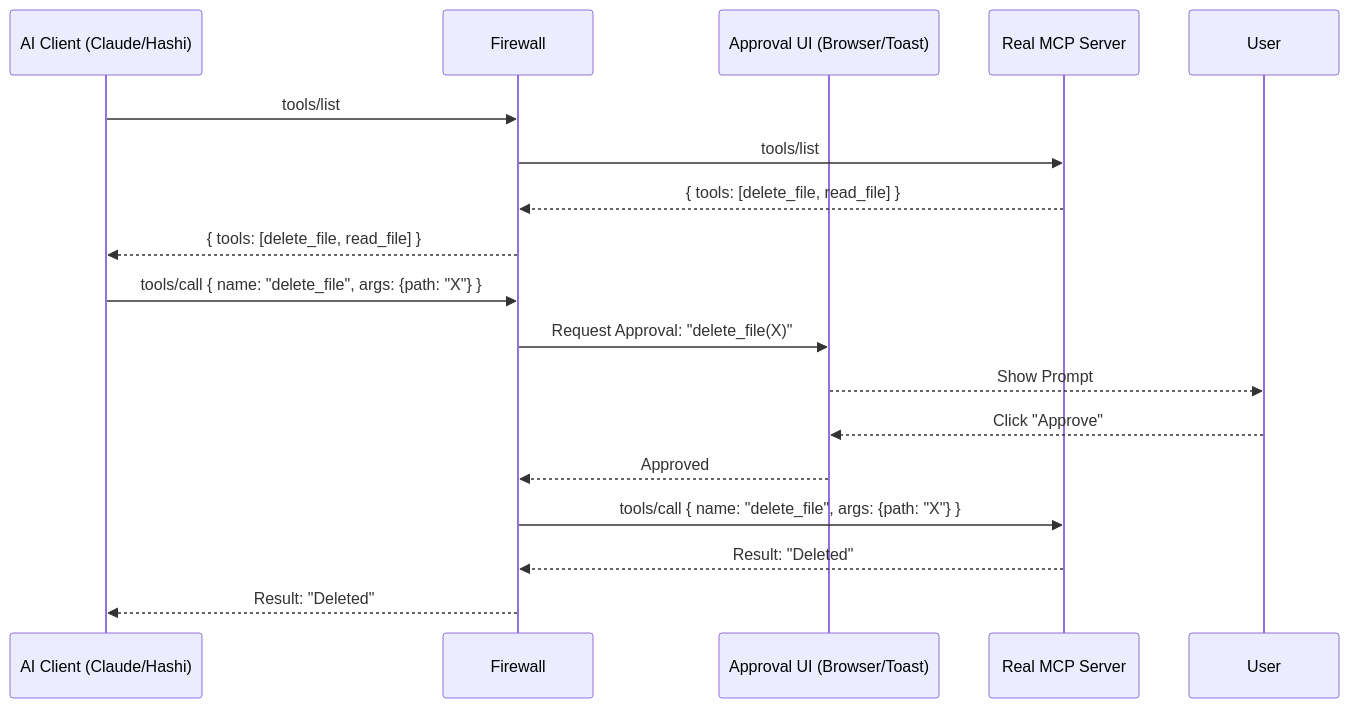
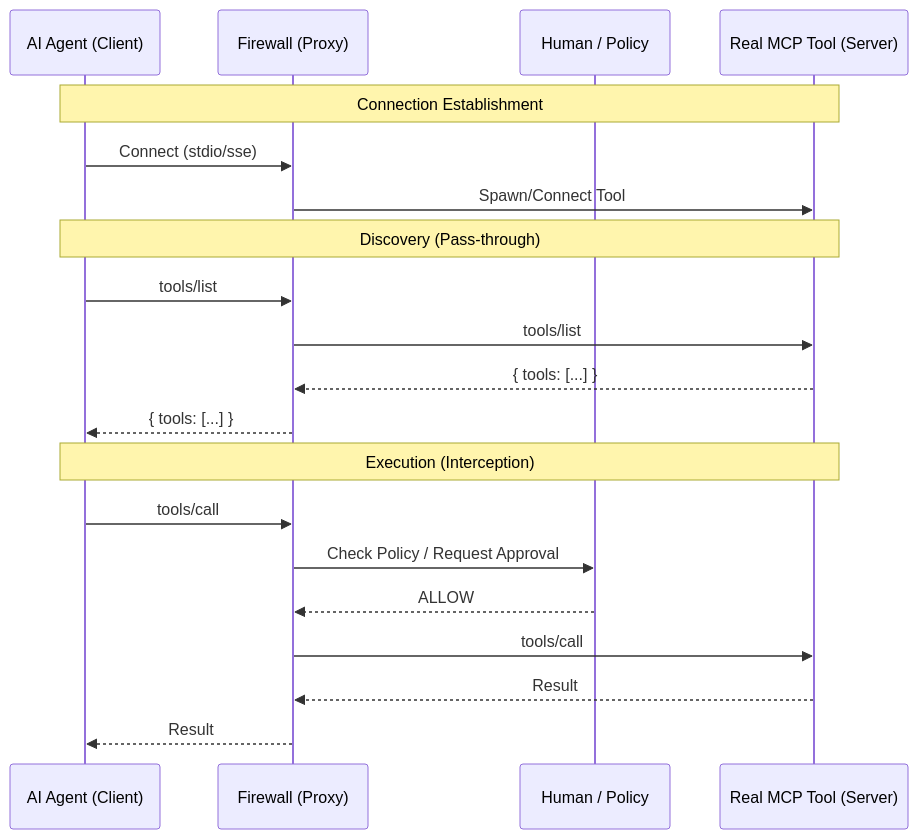
The diagram in docs/ARCHITECTURE.md (kagi-labs/aegis), drawn with Mermaid before and after one commit. The commit also changed other lines of this file, not shown here.

Commit message:
docs: Rewrite ARCHITECTURE.md to define Phase 1 (Shield) and Phase 2 (Hub)

````diff
--- a/docs/ARCHITECTURE.md
+++ b/docs/ARCHITECTURE.md
@@ -6,21 +8,25 @@
 ```mermaid
 sequenceDiagram
-    participant AI as AI Client (Claude/Hashi)
-    participant FW as Firewall
-    participant UI as Approval UI (Browser/Toast)
-    participant Target as Real MCP Server
+    participant Client as AI Agent (Client)
+    participant FW as Firewall (Proxy)
+    participant Human as Human / Policy
+    participant Server as Real MCP Tool (Server)
 
-    AI->>FW: tools/list
-    FW->>Target: tools/list
-    Target-->>FW: { tools: [delete_file, read_file] }
-    FW-->>AI: { tools: [delete_file, read_file] }
+    Note over Client, Server: Connection Establishment
+    Client->>FW: Connect (stdio/sse)
+    FW->>Server: Spawn/Connect Tool
+    
+    Note over Client, Server: Discovery (Pass-through)
+    Client->>FW: tools/list
+    FW->>Server: tools/list
+    Server-->>FW: { tools: [...] }
+    FW-->>Client: { tools: [...] }
 
-    AI->>FW: tools/call { name: "delete_file", args: {path: "X"} }
-    FW->>UI: Request Approval: "delete_file(X)"
-    UI-->>User: Show Prompt
-    User-->>UI: Click "Approve"
-    UI-->>FW: Approved
-    FW->>Target: tools/call { name: "delete_file", args: {path: "X"} }
-    Target-->>FW: Result: "Deleted"
-    FW-->>AI: Result: "Deleted"
+    Note over Client, Server: Execution (Interception)
+    Client->>FW: tools/call
+    FW->>Human: Check Policy / Request Approval
+    Human-->>FW: ALLOW
+    FW->>Server: tools/call
+    Server-->>FW: Result
+    FW-->>Client: Result
 ```
````
